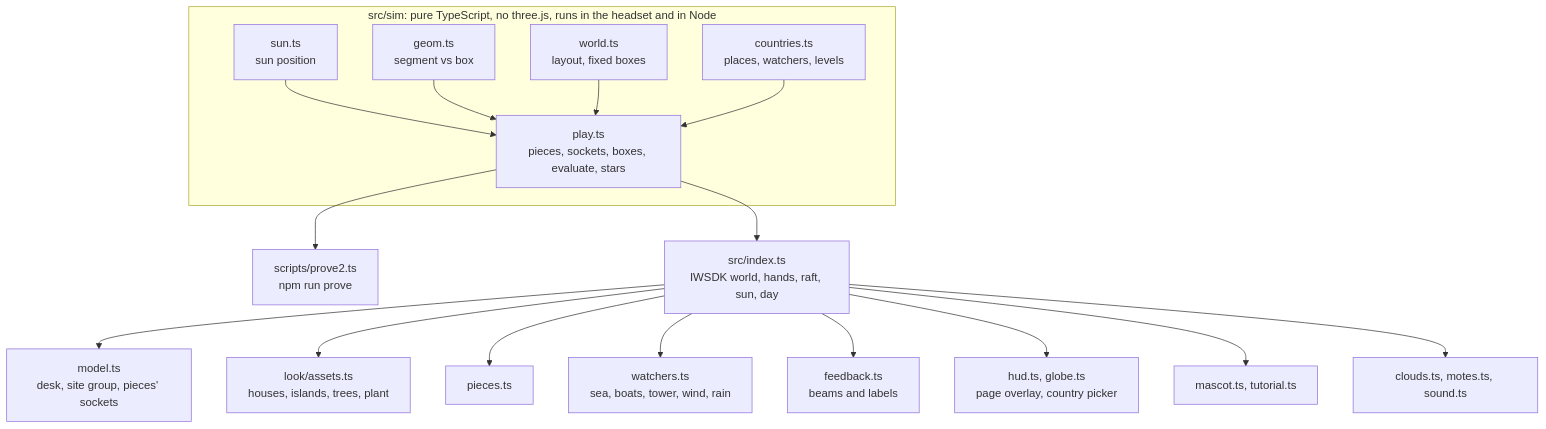
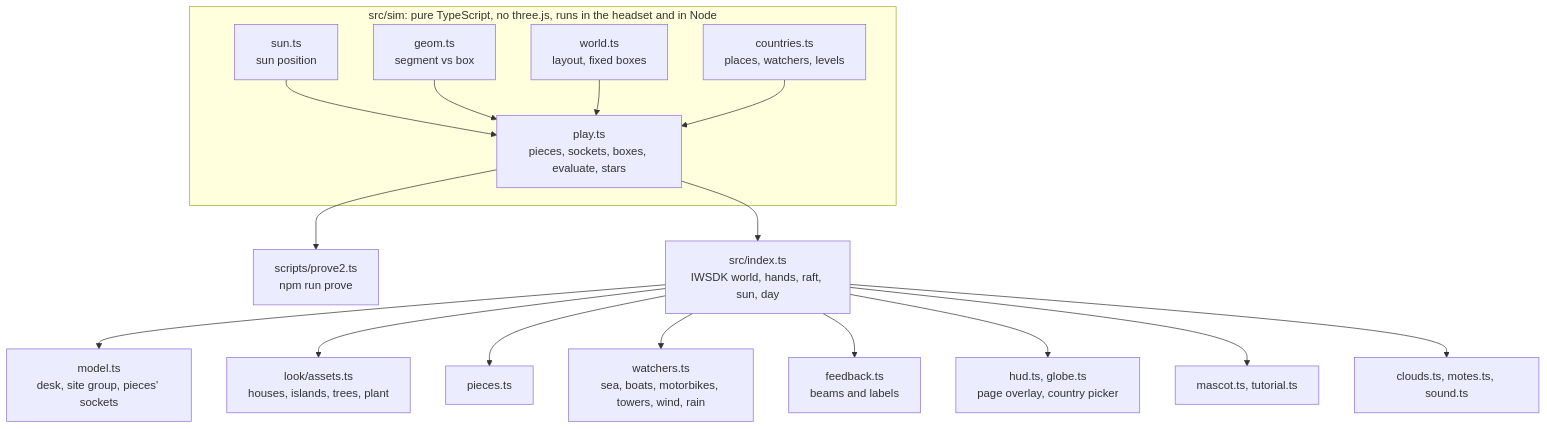
Before and after one commit to aljabrialam/valora-vr: the diagram in docs/ARCHITECTURE.md, drawn with Mermaid. The commit also changed other lines of this file and 15 other files, not shown here.

````diff
--- a/docs/ARCHITECTURE.md
+++ b/docs/ARCHITECTURE.md
@@ -5,19 +5,19 @@
 ```mermaid
 flowchart TB
   subgraph Pure["src/sim: pure TypeScript, no three.js, runs in the headset and in Node"]
     SUN[sun.ts<br/>sun position] --> PL[play.ts<br/>pieces, sockets, boxes, evaluate, stars]
     GEO[geom.ts<br/>segment vs box] --> PL
     WLD[world.ts<br/>layout, fixed boxes] --> PL
     CTY[countries.ts<br/>places, watchers, levels] --> PL
   end
   PL --> PROVE[scripts/prove2.ts<br/>npm run prove]
   PL --> APP[src/index.ts<br/>IWSDK world, hands, raft, sun, day]
   APP --> MODEL[model.ts<br/>desk, site group, pieces' sockets]
   APP --> LOOK[look/assets.ts<br/>houses, islands, trees, plant]
   APP --> PCS[pieces.ts]
-  APP --> WAT[watchers.ts<br/>sea, boats, tower, wind, rain]
+  APP --> WAT[watchers.ts<br/>sea, boats, motorbikes, towers, wind, rain]
   APP --> FB[feedback.ts<br/>beams and labels]
   APP --> UI[hud.ts, globe.ts<br/>page overlay, country picker]
   APP --> TIKI[mascot.ts, tutorial.ts]
   APP --> AMB[clouds.ts, motes.ts, sound.ts]
 ```
````
